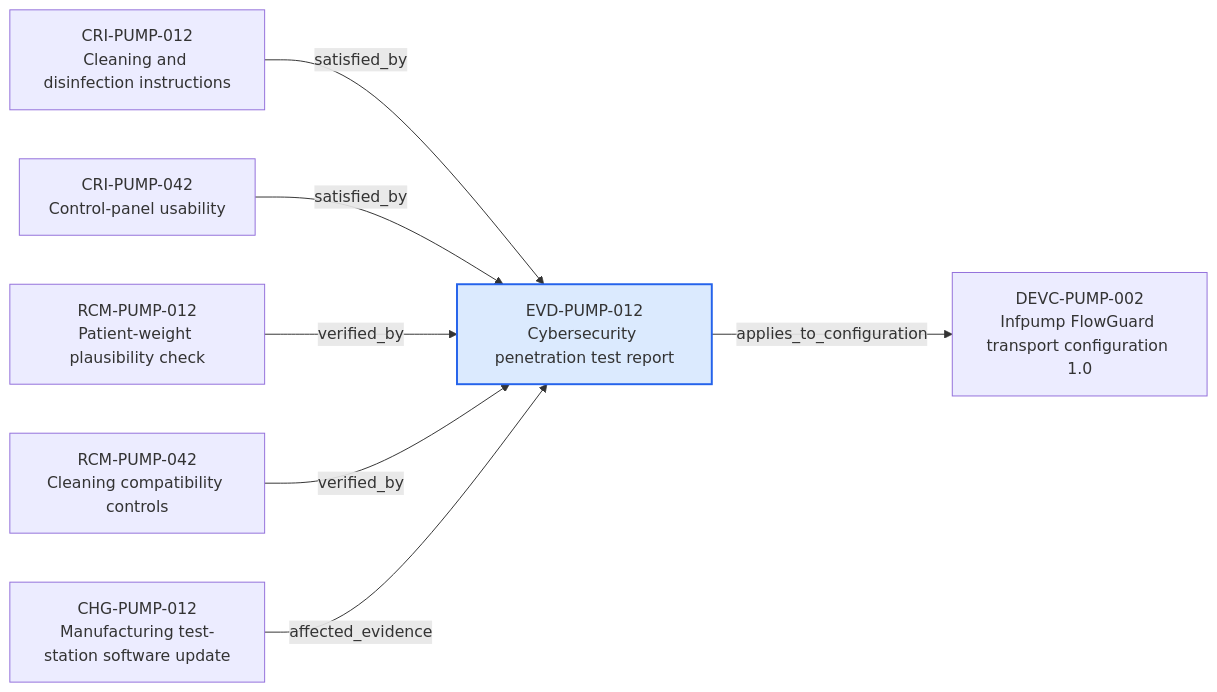
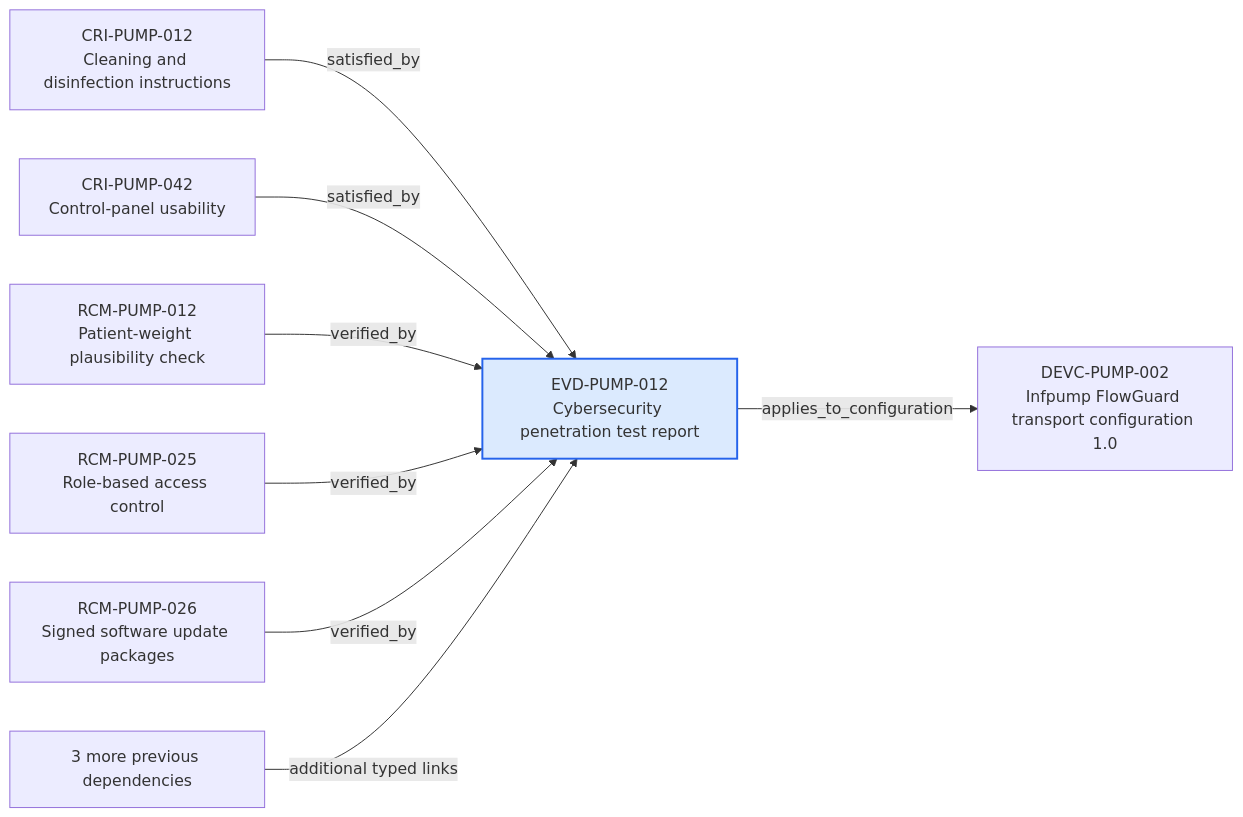
Before and after one commit to mvattulainen/mdrontology: the diagram in content/06-Infpump FlowGuard ontology notes/verification-evidence/EVD-PUMP-012-cybersecurity-penetration-test-report.md, drawn with Mermaid. The commit also changed other lines of this file and 321 other files, not shown here.

Commit message:
Implement Mermaid ontology audit findings

````diff
--- a/content/06-Infpump FlowGuard ontology notes/verification-evidence/EVD-PUMP-012-cybersecurity-penetration-test-report.md
+++ b/content/06-Infpump FlowGuard ontology notes/verification-evidence/EVD-PUMP-012-cybersecurity-penetration-test-report.md
@@ -73,18 +75,20 @@
 ```mermaid
 flowchart LR
   CURRENT["EVD-PUMP-012<br/>Cybersecurity penetration test report"]
   PREV0["CRI-PUMP-012<br/>Cleaning and disinfection instructions"]
   PREV0 -->|"satisfied_by"| CURRENT
   PREV1["CRI-PUMP-042<br/>Control-panel usability"]
   PREV1 -->|"satisfied_by"| CURRENT
   PREV2["RCM-PUMP-012<br/>Patient-weight plausibility check"]
   PREV2 -->|"verified_by"| CURRENT
-  PREV3["RCM-PUMP-042<br/>Cleaning compatibility controls"]
+  PREV3["RCM-PUMP-025<br/>Role-based access control"]
   PREV3 -->|"verified_by"| CURRENT
-  PREV4["CHG-PUMP-012<br/>Manufacturing test-station software update"]
-  PREV4 -->|"affected_evidence"| CURRENT
+  PREV4["RCM-PUMP-026<br/>Signed software update packages"]
+  PREV4 -->|"verified_by"| CURRENT
+  PREV_MORE["3 more previous dependencies"]
+  PREV_MORE -->|"additional typed links"| CURRENT
   NEXT0["DEVC-PUMP-002<br/>Infpump FlowGuard transport configuration 1.0"]
   CURRENT -->|"applies_to_configuration"| NEXT0
   classDef current fill:#dbeafe,stroke:#2563eb,stroke-width:2px
   class CURRENT current
 ```
````
